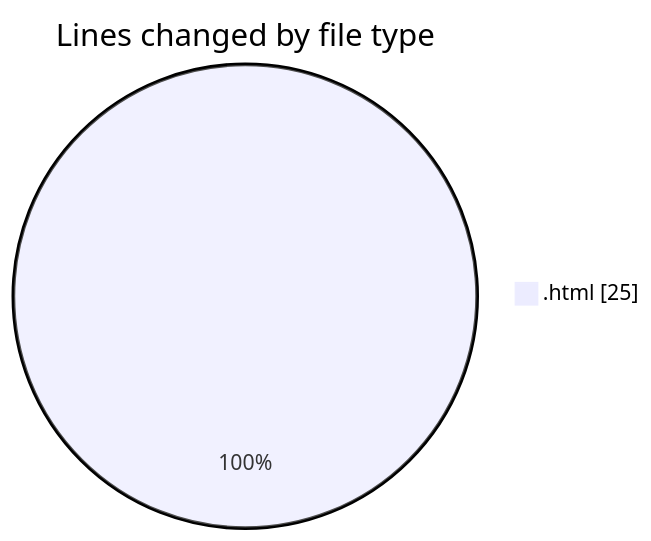
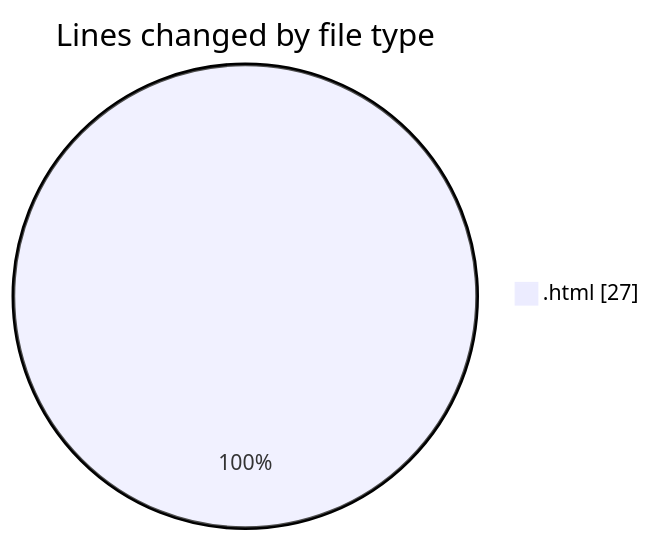
Before and after one commit to NitaiMahat/code-tracking: the first of 2 diagrams in 2025-06-16/card-approval-compass-main/README.md, drawn with Mermaid. The commit also changed other lines of this file and 1 other file, not shown here.

````diff
--- a/2025-06-16/card-approval-compass-main/README.md
+++ b/2025-06-16/card-approval-compass-main/README.md
@@ -20,5 +20,5 @@
 ```mermaid
 pie showData
 title Lines changed by file type
-".html" : 25
+".html" : 27
 ```
````
